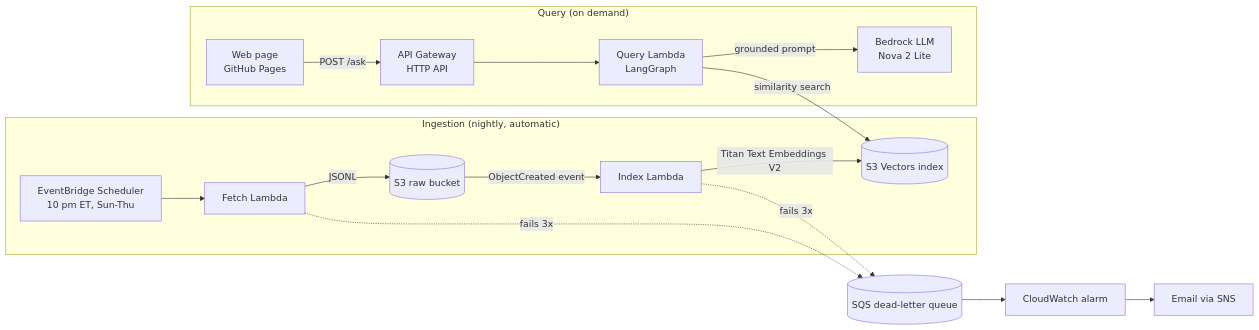
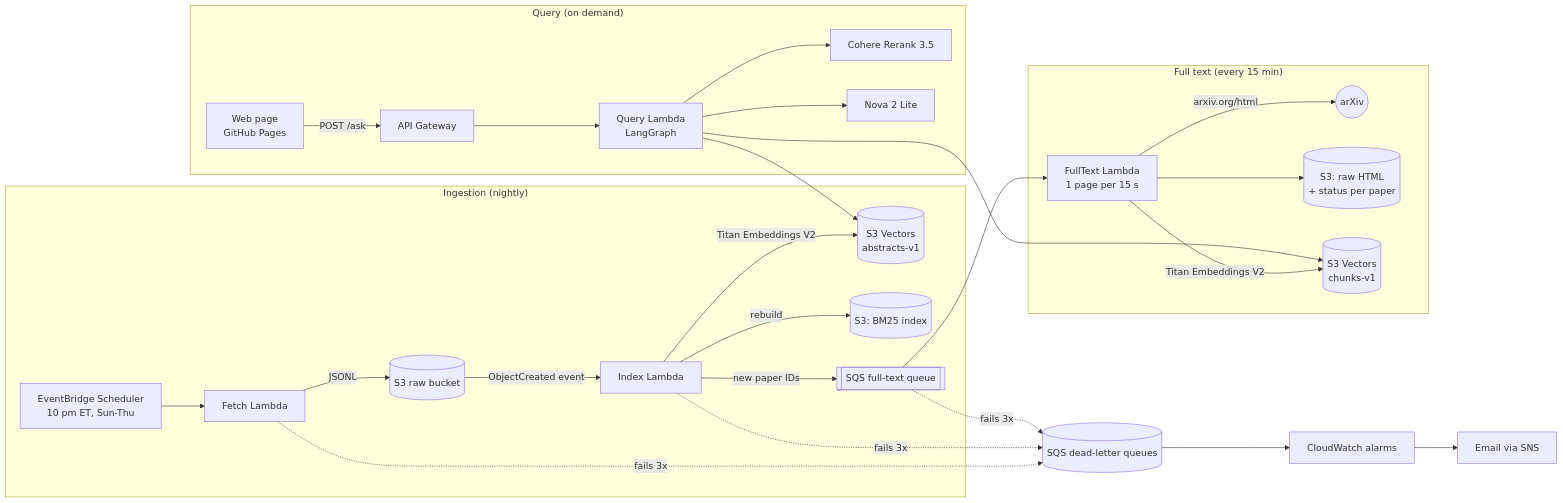
Before and after one commit to VaibhaVarshney/arxiv-research-assistant: the first of 2 diagrams in README.md, drawn with Mermaid. The commit also changed other lines of this file, not shown here.

````diff
--- a/README.md
+++ b/README.md
@@ -28,20 +30,32 @@
 ```mermaid
 flowchart LR
-    subgraph Ingestion["Ingestion (nightly, automatic)"]
+    subgraph Ingestion["Ingestion (nightly)"]
         S[EventBridge Scheduler<br/>10 pm ET, Sun-Thu] --> F[Fetch Lambda]
         F -->|JSONL| R[(S3 raw bucket)]
         R -->|ObjectCreated event| I[Index Lambda]
-        I -->|Titan Text Embeddings V2| V[(S3 Vectors index)]
+        I -->|Titan Embeddings V2| V[(S3 Vectors<br/>abstracts-v1)]
+        I -->|rebuild| B[(S3: BM25 index)]
+        I -->|new paper IDs| FQ[[SQS full-text queue]]
+    end
+
+    subgraph FullText["Full text (every 15 min)"]
+        FQ --> W[FullText Lambda<br/>1 page per 15 s]
+        W -->|arxiv.org/html| AX((arXiv))
+        W --> H[(S3: raw HTML<br/>+ status per paper)]
+        W -->|Titan Embeddings V2| C[(S3 Vectors<br/>chunks-v1)]
     end
 
     subgraph Query["Query (on demand)"]
-        U[Web page<br/>GitHub Pages] -->|POST /ask| G[API Gateway<br/>HTTP API]
+        U[Web page<br/>GitHub Pages] -->|POST /ask| G[API Gateway]
         G --> Q[Query Lambda<br/>LangGraph]
-        Q -->|similarity search| V
-        Q -->|grounded prompt| L[Bedrock LLM<br/>Nova 2 Lite]
+        Q --> V
+        Q --> C
+        Q --> RR[Cohere Rerank 3.5]
+        Q --> L[Nova 2 Lite]
     end
 
-    F -. fails 3x .-> D[(SQS dead-letter queue)]
+    F -. fails 3x .-> D[(SQS dead-letter queues)]
     I -. fails 3x .-> D
-    D --> A[CloudWatch alarm] --> E[Email via SNS]
+    FQ -. fails 3x .-> D
+    D --> A[CloudWatch alarms] --> E[Email via SNS]
 ```
````
